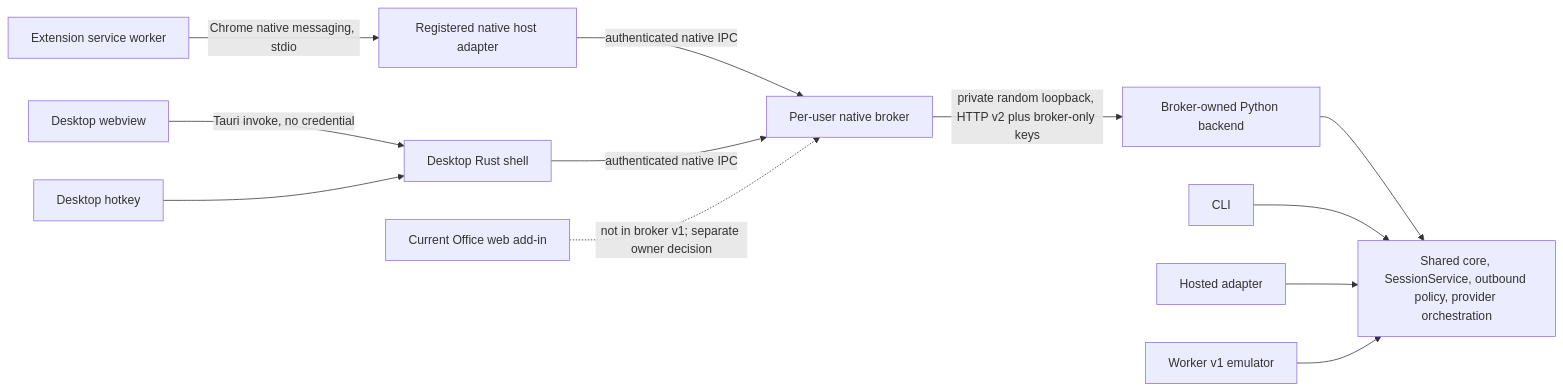
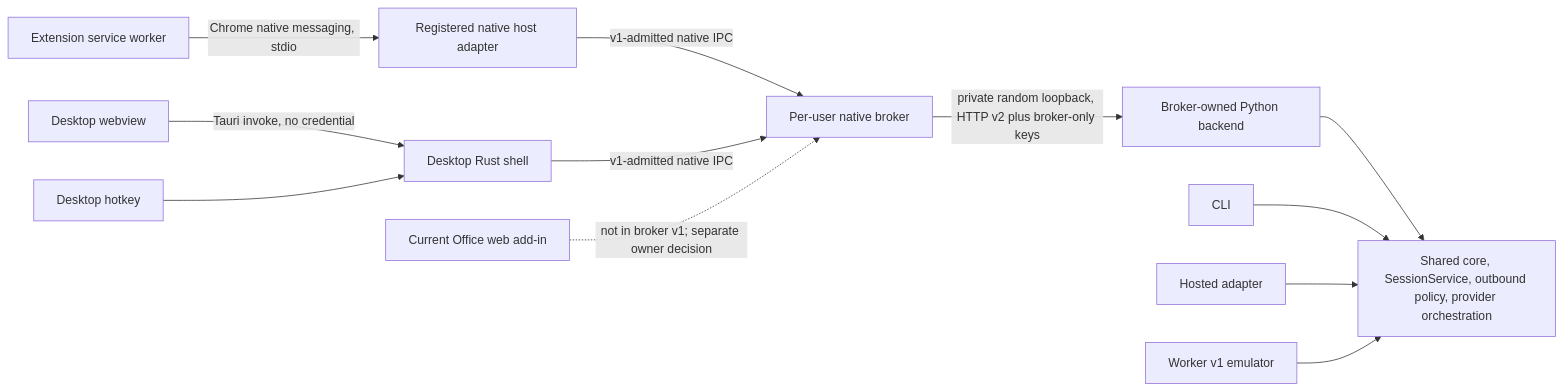
Before and after one commit to Teerapat-Vatpitak/thai-pii-redaction: the diagram in docs/decisions/2026-08-07-native-broker.md, drawn with Mermaid. The commit also changed other lines of this file and 1 other file, not shown here.

Commit message:
docs: record native broker owner decisions

````diff
--- a/docs/decisions/2026-08-07-native-broker.md
+++ b/docs/decisions/2026-08-07-native-broker.md
@@ -263,14 +278,14 @@
 ```mermaid
 flowchart LR
     EXT["Extension service worker"] -->|Chrome native messaging, stdio| NM["Registered native host adapter"]
-    NM -->|authenticated native IPC| B["Per-user native broker"]
+    NM -->|v1-admitted native IPC| B["Per-user native broker"]
     DW["Desktop webview"] -->|Tauri invoke, no credential| DR["Desktop Rust shell"]
     DH["Desktop hotkey"] --> DR
-    DR -->|authenticated native IPC| B
+    DR -->|v1-admitted native IPC| B
     B -->|private random loopback, HTTP v2 plus broker-only keys| PY["Broker-owned Python backend"]
     PY --> CORE["Shared core, SessionService, outbound policy, provider orchestration"]
     OFF["Current Office web add-in"] -. "not in broker v1; separate owner decision" .-> B
     CLI["CLI"] --> CORE
     HOST["Hosted adapter"] --> CORE
     WORK["Worker v1 emulator"] --> CORE
 ```
````
